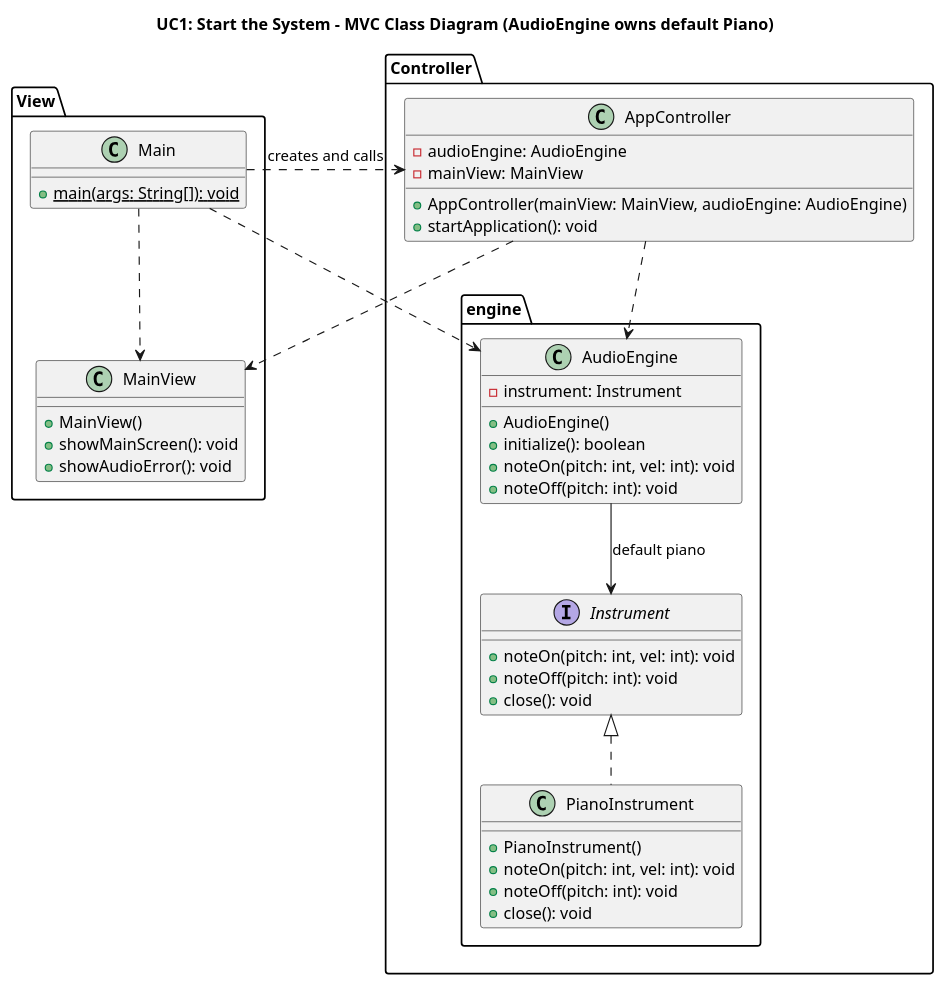
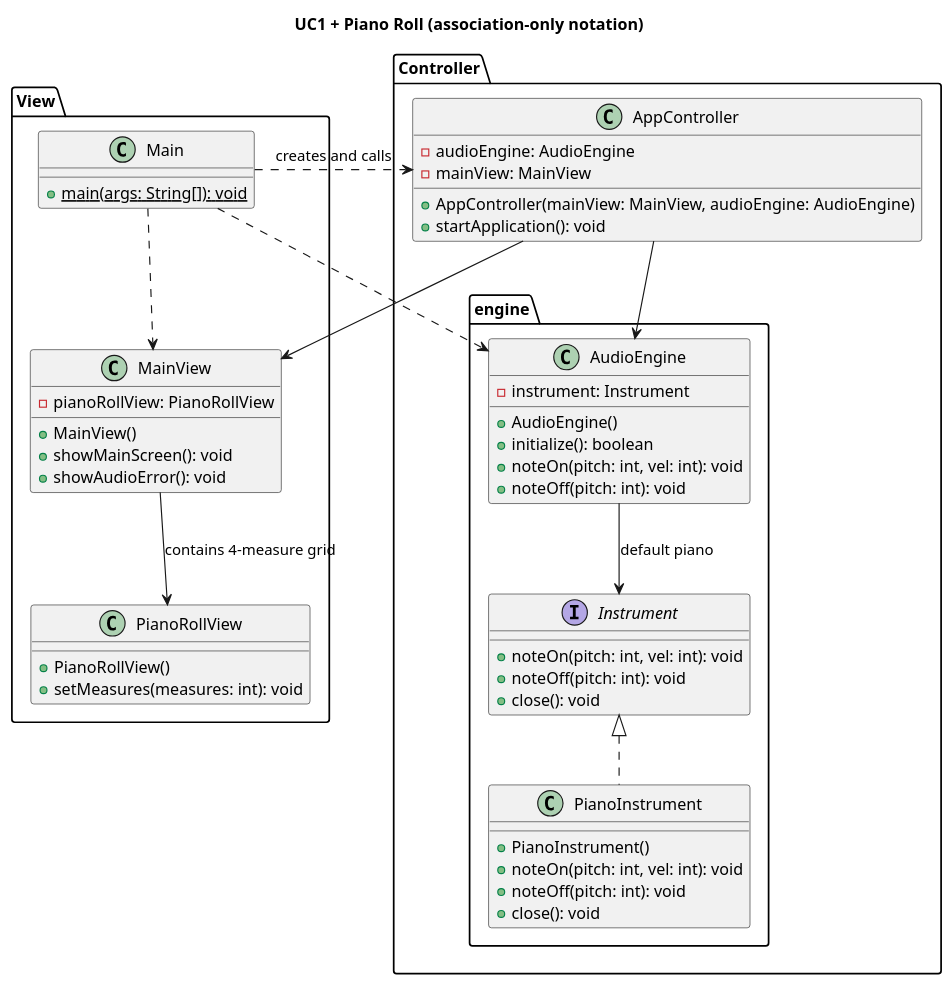
Before and after one commit to nu-cs-sw-design/project-20252601-music_platform: the diagram in docs/design/design.puml, drawn with PlantUML.

Commit message:
made updates to design + code to allow for mainView to show piano roll

```diff
--- a/docs/design/design.puml
+++ b/docs/design/design.puml
@@ -1,56 +1,67 @@
 @startuml
-title UC1: Start the System - MVC Class Diagram (AudioEngine owns default Piano)
+title UC1 + Piano Roll (association-only notation)
 
 package View {
+
     class Main {
         +{static} main(args: String[]): void
     }
 
     class MainView {
+        -pianoRollView: PianoRollView
         +MainView()
         +showMainScreen(): void
         +showAudioError(): void
+    }
+
+    class PianoRollView {
+        +PianoRollView()
+        +setMeasures(measures: int): void
     }
 }
 
 package Controller {
     class AppController {
         -audioEngine: AudioEngine
         -mainView: MainView
 
         +AppController(mainView: MainView, audioEngine: AudioEngine)
         +startApplication(): void
     }
 
     package engine {
         interface Instrument {
             +noteOn(pitch: int, vel: int): void
             +noteOff(pitch: int): void
             +close(): void
         }
 
         class PianoInstrument implements Instrument {
             +PianoInstrument()
             +noteOn(pitch: int, vel: int): void
             +noteOff(pitch: int): void
             +close(): void
         }
 
         class AudioEngine {
             -instrument: Instrument
             +AudioEngine()
             +initialize(): boolean
             +noteOn(pitch: int, vel: int): void
             +noteOff(pitch: int): void
         }
     }
 }
 
 Main ..> AppController : "creates and calls"
 Main ..> MainView
 Main ..> AudioEngine
-AppController ..> MainView
-AppController ..> AudioEngine
+
+MainView --> PianoRollView : "contains 4-measure grid"
+
+AppController --> MainView
+AppController --> AudioEngine
+
 AudioEngine --> Instrument : "default piano"
 
 @enduml
```
